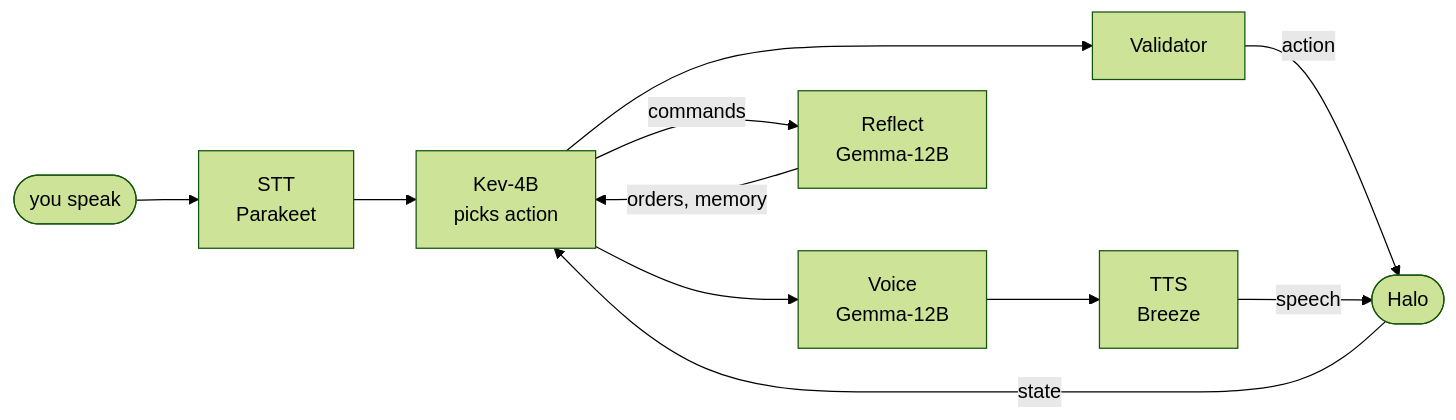
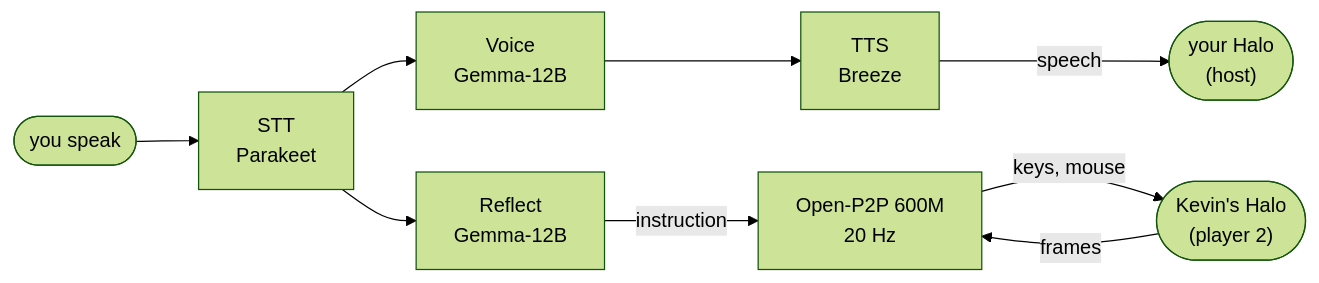
The diagram in README.md (pythonlearner1025/dude), drawn with Mermaid (forest theme) before and after one commit. The commit also changed other lines of this file and 1 other file, not shown here.

````diff
--- a/README.md
+++ b/README.md
@@ -7,8 +8,5 @@
 ```mermaid
 flowchart LR
-    mic(["you speak"]) --> stt["STT<br/>Parakeet"] --> kev["Kev-4B<br/>picks action"]
-    game(["Halo"]) -- state --> kev
-    kev --> val["Validator"] -- action --> game
-    kev --> voice["Voice<br/>Gemma-12B"] --> tts["TTS<br/>Breeze"] -- speech --> game
-    kev -- commands --> reflect["Reflect<br/>Gemma-12B"] -- "orders, memory" --> kev
+    mic(["you speak"]) --> stt["STT<br/>Parakeet"] --> voice["Voice<br/>Gemma-12B"] --> tts["TTS<br/>Breeze"] -- speech --> you(["your Halo<br/>(host)"])
+    stt --> reflect["Reflect<br/>Gemma-12B"] -- instruction --> p2p["Open-P2P 600M<br/>20 Hz"] -- "keys, mouse" --> kevin(["Kevin's Halo<br/>(player 2)"]) -- frames --> p2p
 ```
````
